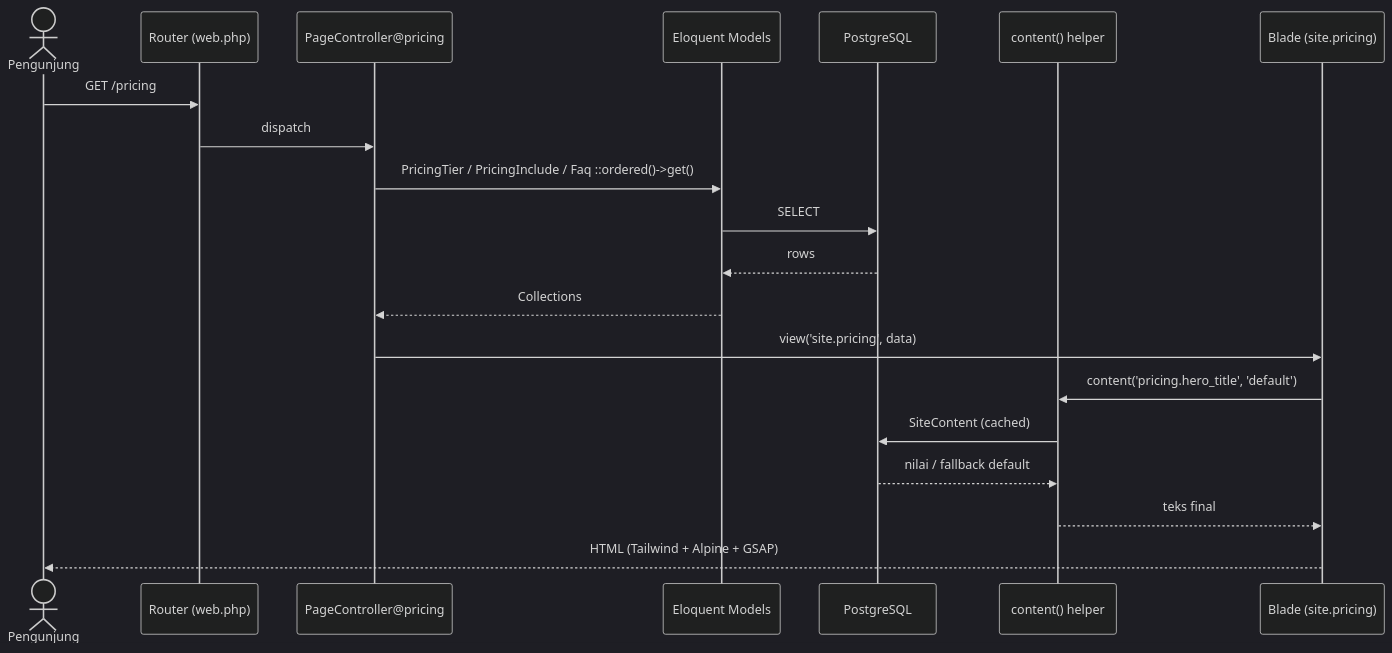
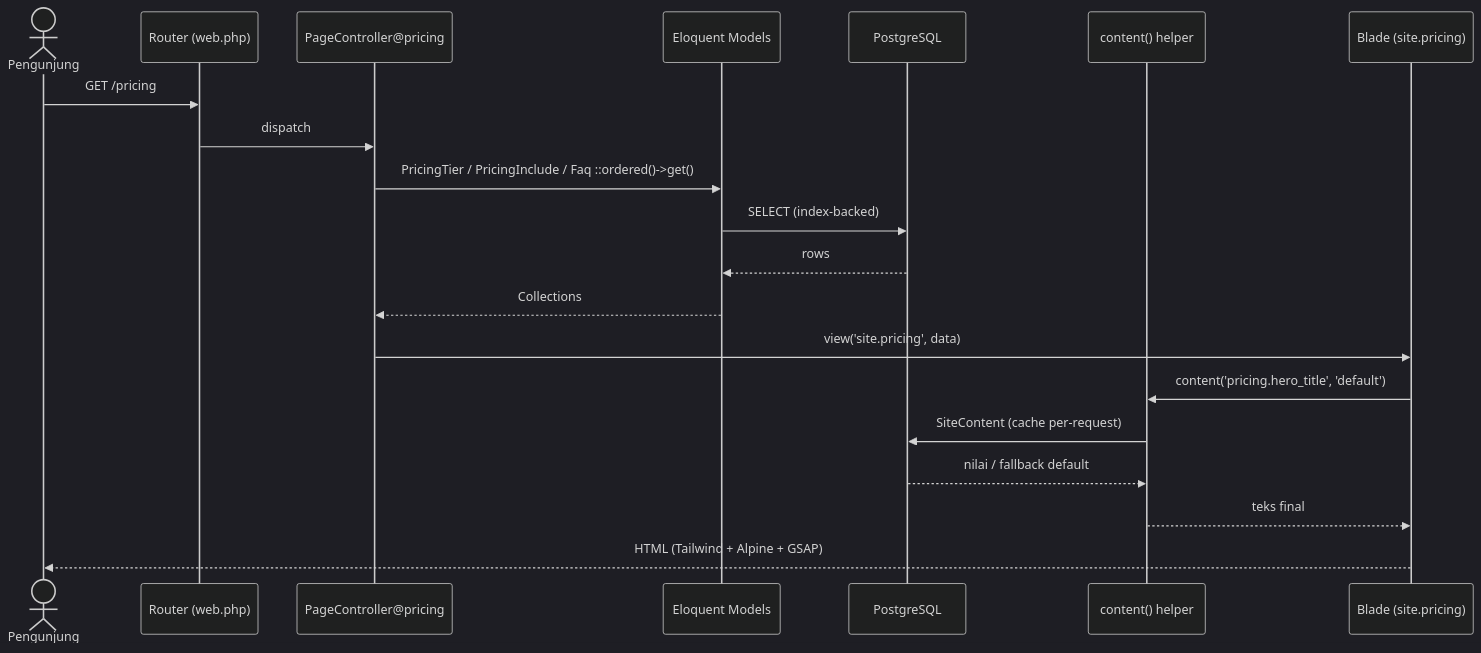
Before and after one commit to creativetrees/Compeny: the second of 6 diagrams in README.md, drawn with Mermaid (dark theme). The commit also changed other lines of this file, not shown here.

````diff
--- a/README.md
+++ b/README.md
@@ -152,23 +139,23 @@
 ```mermaid
 sequenceDiagram
     actor U as Pengunjung
     participant R as Router (web.php)
     participant C as PageController@pricing
     participant M as Eloquent Models
     participant DB as PostgreSQL
     participant H as content() helper
     participant V as Blade (site.pricing)
 
     U->>R: GET /pricing
     R->>C: dispatch
     C->>M: PricingTier / PricingInclude / Faq ::ordered()->get()
-    M->>DB: SELECT
+    M->>DB: SELECT (index-backed)
     DB-->>M: rows
     M-->>C: Collections
     C->>V: view('site.pricing', data)
     V->>H: content('pricing.hero_title', 'default')
-    H->>DB: SiteContent (cached)
+    H->>DB: SiteContent (cache per-request)
     DB-->>H: nilai / fallback default
     H-->>V: teks final
     V-->>U: HTML (Tailwind + Alpine + GSAP)
 ```
````
